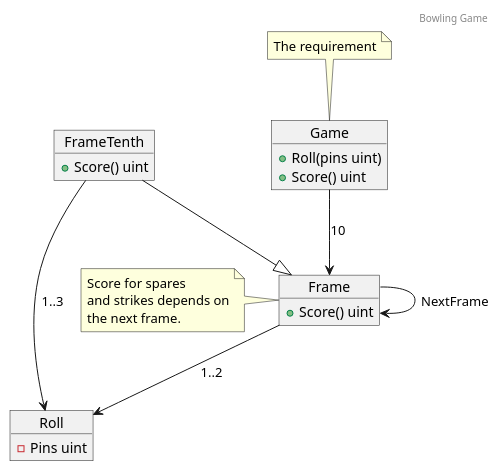
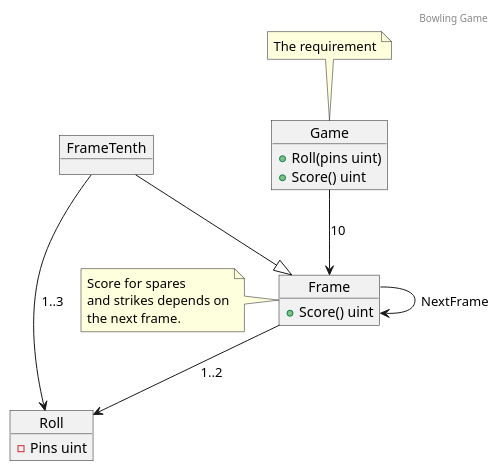
Before and after one commit to Jumziey/bowling-game-kata: the diagram in go/bowlingGame/design/bowling.puml, drawn with PlantUML.

Commit message:
FrameTenth is a generalization of Frame which already have the Score method

```diff
--- a/go/bowlingGame/design/bowling.puml
+++ b/go/bowlingGame/design/bowling.puml
@@ -1,40 +1,39 @@
 @startuml
 header
 Bowling Game
 endheader
 
 object Game {
 	+Roll(pins uint)
 	+Score() uint
 }
 note top of Game
 	The requirement
 end note
 
 object Frame {
 	+Score() uint
 }
 
 Game --> Frame:10
 
 object Roll {
 	-Pins uint
 }
 
 Frame --> Roll:1..2
 
 Frame --> Frame:NextFrame
 note left of Frame
 	Score for spares
 	and strikes depends on
 	the next frame.
 end note
 
 object FrameTenth {
-	+Score() uint
 }
 
 FrameTenth --|> Frame
 FrameTenth --> Roll:1..3
 
 @enduml
```
